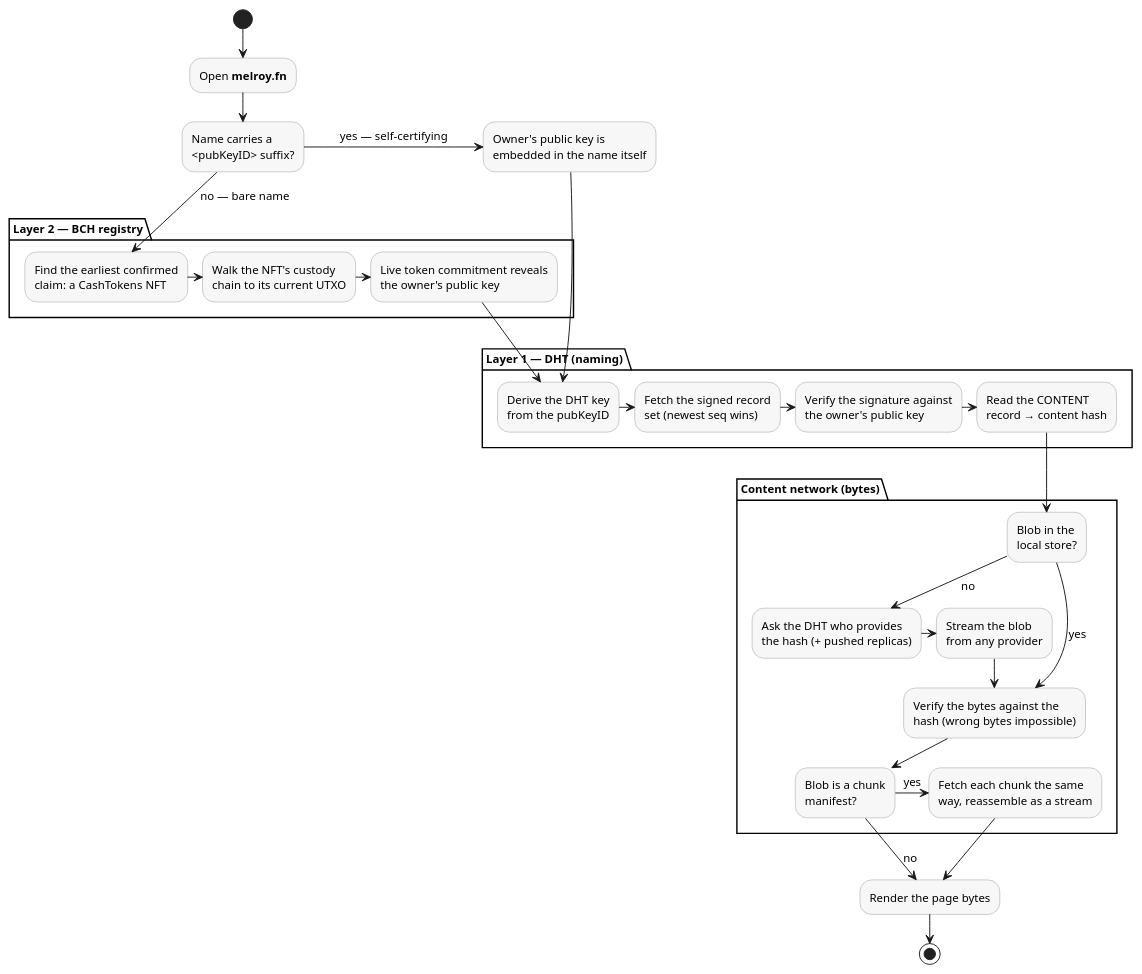
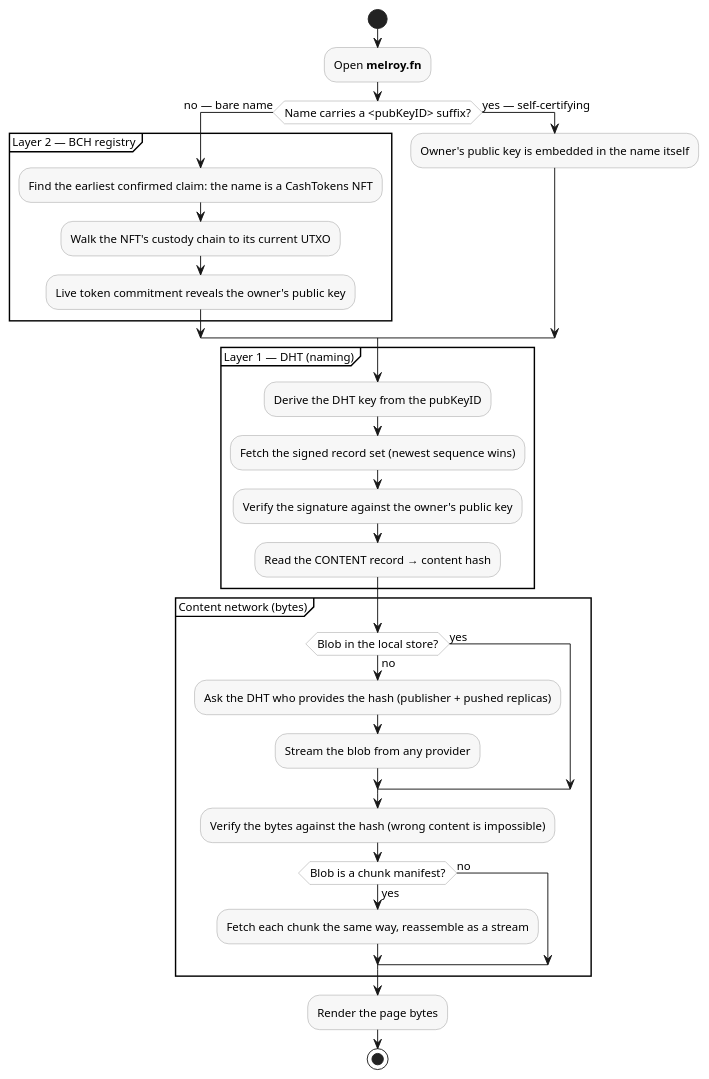
Before and after one commit to FreedomNames/FreedomNames: the diagram in README.md, drawn with PlantUML.

Commit message:
README: return the flowchart to the modern activity syntax
The staircase layout relied on the deprecated legacy syntax, whose
nodes are joined by matching full label text -- editing a label in one
place silently splits a node in two.

Go back to the `:...;` beta syntax. Per the upstream docs, it enforces
top-to-bottom flow by design: there is no directional arrow control,
and `-[#color]->` is styling only, so the horizontal staircase is not
expressible here.

Recover what width is available within that constraint: single-line
labels (wider boxes) plus `ConditionEndStyle hline` and tighter
rank/node separation. 746x1135, down from 1236 tall originally.

Swimlanes were re-tested for horizontal spread and rejected again --
the flow is strictly linear, so lanes cascade diagonally and leave the
entire lower-left empty (1542x1160 but mostly whitespace).

````diff
--- a/README.md
+++ b/README.md
@@ -46,46 +46,46 @@
 ```plantuml
 @startuml
-skinparam ranksep 30
-skinparam nodesep 16
+skinparam ranksep 25
+skinparam nodesep 14
 skinparam defaultFontSize 12
+skinparam ConditionEndStyle hline
 skinparam activity {
   BackgroundColor #F7F7F7
   BorderColor #999999
   DiamondBackgroundColor #FFFFFF
   DiamondBorderColor #999999
 }
 
-(*) --> "Open <b>melroy.fn</b>"
---> "Name carries a\n<pubKeyID> suffix?"
-
-partition "Layer 2 — BCH registry" {
-  --> [no — bare name] "Find the earliest confirmed\nclaim: a CashTokens NFT"
-  -right-> "Walk the NFT's custody\nchain to its current UTXO"
-  -right-> "Live token commitment reveals\nthe owner's public key"
+start
+:Open <b>melroy.fn</b>;
+if (Name carries a <pubKeyID> suffix?) then (no — bare name)
+  partition "Layer 2 — BCH registry" {
+    :Find the earliest confirmed claim: the name is a CashTokens NFT;
+    :Walk the NFT's custody chain to its current UTXO;
+    :Live token commitment reveals the owner's public key;
+  }
+else (yes — self-certifying)
+  :Owner's public key is embedded in the name itself;
+endif
+partition "Layer 1 — DHT (naming)" {
+  :Derive the DHT key from the pubKeyID;
+  :Fetch the signed record set (newest sequence wins);
+  :Verify the signature against the owner's public key;
+  :Read the CONTENT record → content hash;
 }
-
-"Name carries a\n<pubKeyID> suffix?" -right-> [yes — self-certifying] "Owner's public key is\nembedded in the name itself"
-
-partition "Layer 1 — DHT (naming)" {
-  "Live token commitment reveals\nthe owner's public key" --> "Derive the DHT key\nfrom the pubKeyID"
-  "Owner's public key is\nembedded in the name itself" --> "Derive the DHT key\nfrom the pubKeyID"
-  -right-> "Fetch the signed record\nset (newest seq wins)"
-  -right-> "Verify the signature against\nthe owner's public key"
-  -right-> "Read the CONTENT\nrecord → content hash"
+partition "Content network (bytes)" {
+  if (Blob in the local store?) then (yes)
+  else (no)
+    :Ask the DHT who provides the hash (publisher + pushed replicas);
+    :Stream the blob from any provider;
+  endif
+  :Verify the bytes against the hash (wrong content is impossible);
+  if (Blob is a chunk manifest?) then (yes)
+    :Fetch each chunk the same way, reassemble as a stream;
+  else (no)
+  endif
 }
-
-partition "Content network (bytes)" {
-  "Read the CONTENT\nrecord → content hash" --> "Blob in the\nlocal store?"
-  --> [no] "Ask the DHT who provides\nthe hash (+ pushed replicas)"
-  -right-> "Stream the blob\nfrom any provider"
-  --> "Verify the bytes against the\nhash (wrong bytes impossible)"
-  "Blob in the\nlocal store?" -right-> [yes] "Verify the bytes against the\nhash (wrong bytes impossible)"
-  "Verify the bytes against the\nhash (wrong bytes impossible)" --> "Blob is a chunk\nmanifest?"
-  -right-> [yes] "Fetch each chunk the same\nway, reassemble as a stream"
-}
-
-"Fetch each chunk the same\nway, reassemble as a stream" --> "Render the page bytes"
-"Blob is a chunk\nmanifest?" --> [no] "Render the page bytes"
-"Render the page bytes" --> (*)
+:Render the page bytes;
+stop
 @enduml
 ```
````
